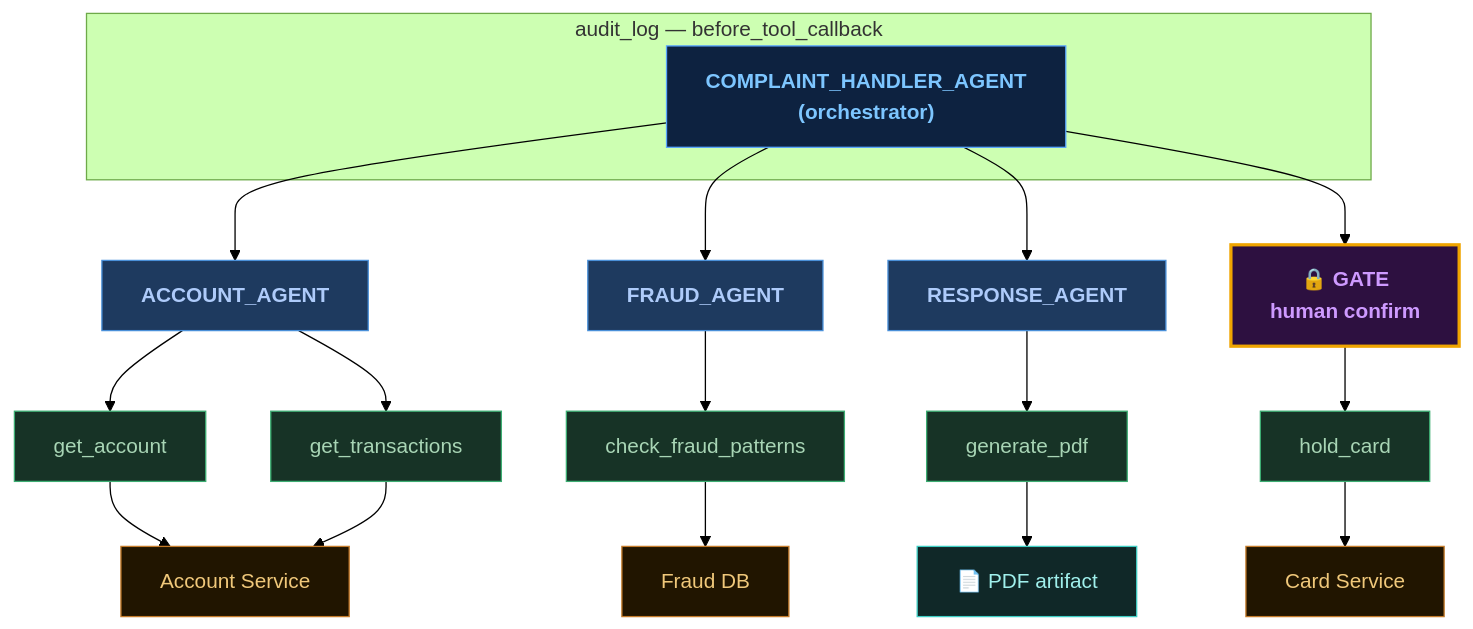
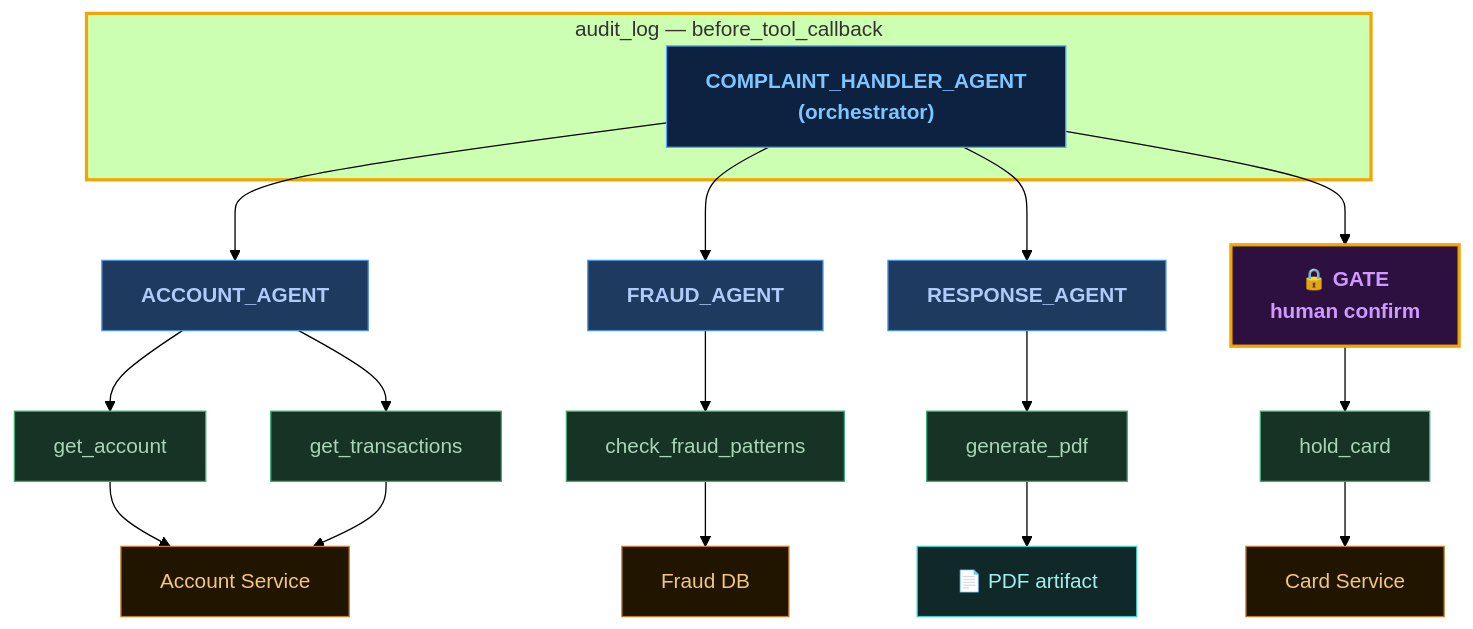
The third of 6 diagrams in slides/section4.md (jaszczook/your-next-feature-might-need-an-agent), drawn with Mermaid (forest theme) before and after one commit. The commit also changed 1 other file, not shown here.

````diff
--- a/slides/section4.md
+++ b/slides/section4.md
@@ -221,40 +221,41 @@
 ```mermaid
 flowchart TD
     subgraph audit["audit_log — before_tool_callback"]
         ORCH["COMPLAINT_HANDLER_AGENT\n(orchestrator)"]:::orch
     end
 
     GATE["🔒 GATE\nhuman confirm"]:::gatenew
     AA["ACCOUNT_AGENT"]:::agent
     FA["FRAUD_AGENT"]:::agent
     RA["RESPONSE_AGENT"]:::agent
     HC["hold_card"]:::tool
 
     GA["get_account"]:::tool
     GT["get_transactions"]:::tool
     CFP["check_fraud_patterns"]:::tool
     GPDF["generate_pdf"]:::tool
 
     AS["Account Service"]:::svc
     FDB["Fraud DB"]:::svc
     PDF["📄 PDF artifact"]:::artifact
     CS["Card Service"]:::svc
 
     ORCH --> AA & FA & RA
     ORCH --> GATE --> HC
     AA --> GA & GT
     FA --> CFP
     RA --> GPDF
     GA & GT --> AS
     CFP --> FDB
     GPDF --> PDF
     HC --> CS
 
     classDef orch fill:#0d2240,stroke:#58a6ff,color:#7dc6ff,font-weight:700
     classDef agent fill:#1e3a5f,stroke:#4a90d9,color:#aecbfa,font-weight:600
     classDef tool fill:#173326,stroke:#3cad72,color:#a8d5b5
     classDef svc fill:#211500,stroke:#c47b2a,color:#f0c87a
     classDef artifact fill:#102828,stroke:#3ecec4,color:#a0f0ec
     classDef gate fill:#2d1040,stroke:#9b59b6,color:#ce9aff,font-weight:700
     classDef gatenew fill:#2d1040,stroke:#f0a500,color:#ce9aff,font-weight:700,stroke-width:2.5px
+    style audit stroke:#f0a500,stroke-width:2.5px
 ```
````
